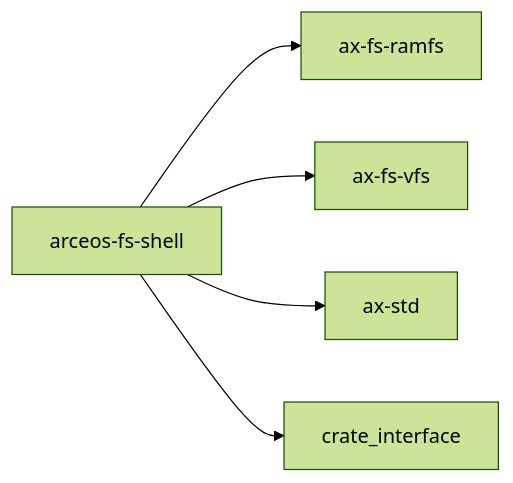
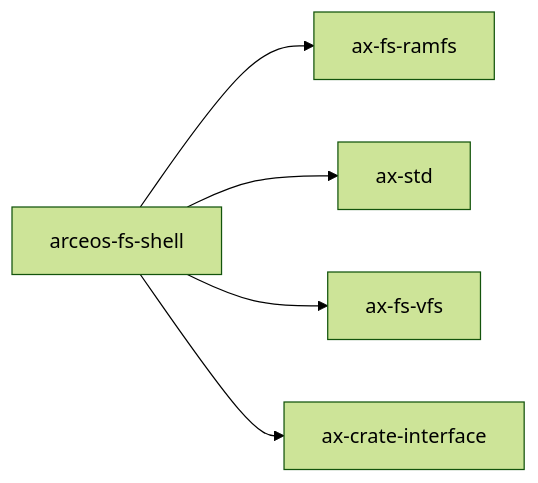
The diagram in docs/crates/arceos-fs-shell.md (LorenzLorentz/tgoskits), drawn with Mermaid (forest theme) before and after one commit. The commit also changed other lines of this file and 65 other files, not shown here.

Commit message:
rename crate_interface to ax-crate-interface

````diff
--- a/docs/crates/arceos-fs-shell.md
+++ b/docs/crates/arceos-fs-shell.md
@@ -32,8 +32,8 @@
 ```mermaid
 graph LR
     current["arceos-fs-shell"]
     current --> ax_fs_ramfs["ax-fs-ramfs"]
-    current --> ax_fs_vfs["ax-fs-vfs"]
     current --> ax_std["ax-std"]
-    current --> crate_interface["crate_interface"]
+    current --> axfs_vfs["ax-fs-vfs"]
+    current --> ax_crate_interface["ax-crate-interface"]
 ```
````
